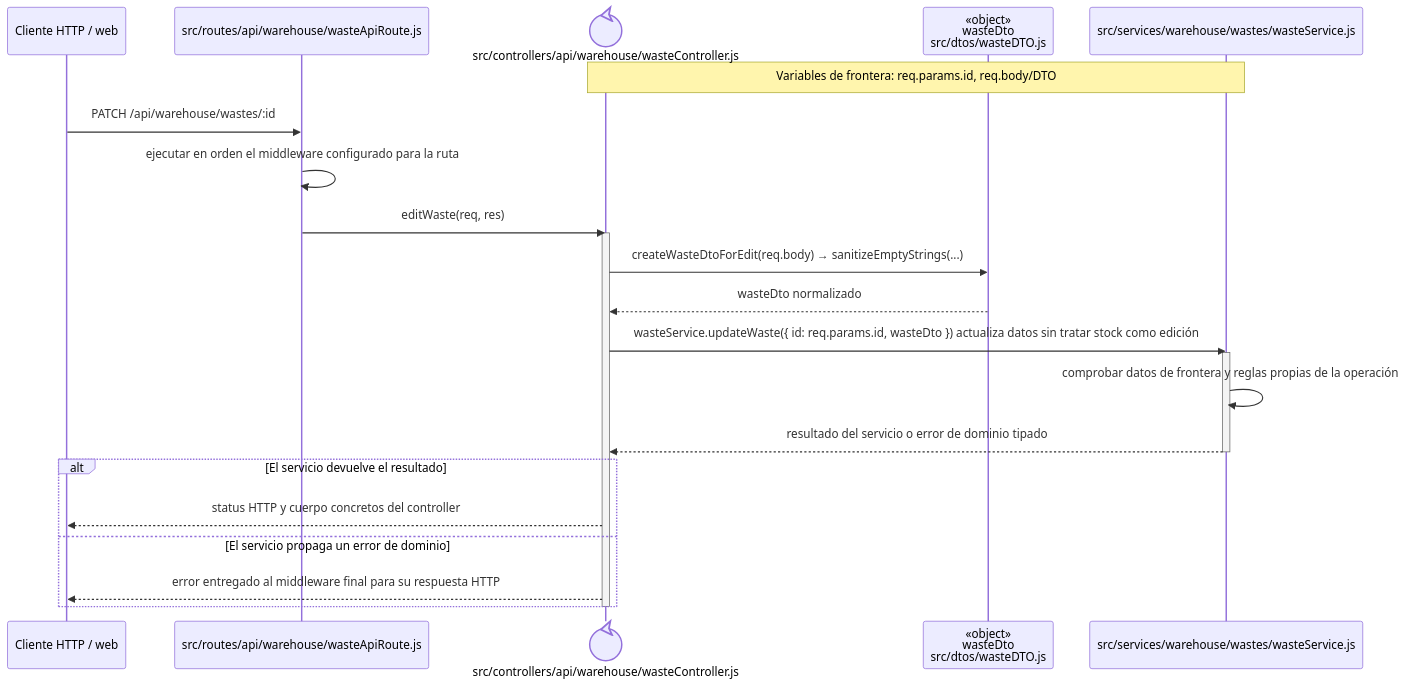
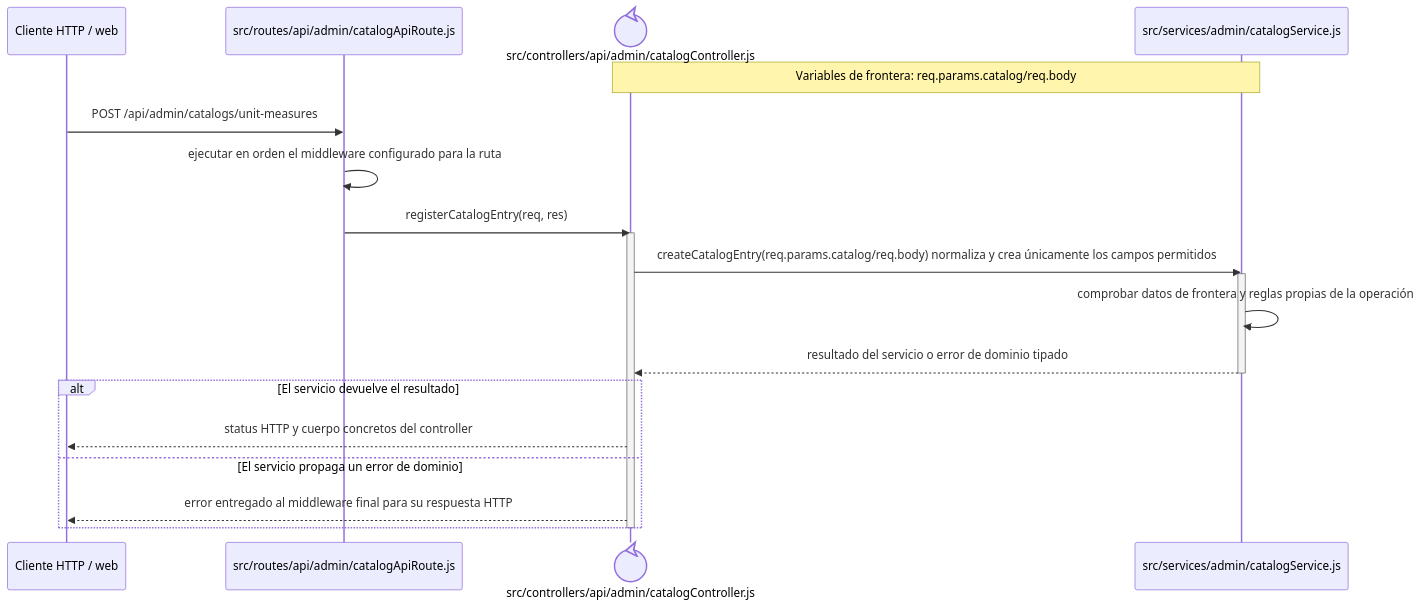
The diagram in docs/architecture/backend-code-sequences/catalogs/cu-cat-20.md (gpgsistemas01/nexus), drawn with Mermaid before and after one commit. The commit also changed other lines of this file and 287 other files, not shown here.

````diff
--- a/docs/architecture/backend-code-sequences/catalogs/cu-cat-20.md
+++ b/docs/architecture/backend-code-sequences/catalogs/cu-cat-20.md
@@ -6,27 +6,24 @@
 ```mermaid
 sequenceDiagram
     participant Client as Cliente HTTP / web
-    participant Route as src/routes/api/warehouse/wasteApiRoute.js
-    participant Controller@{ "type": "control" } as src/controllers/api/warehouse/wasteController.js
-    participant WasteDto as «object»<br/>wasteDto<br/>src/dtos/wasteDTO.js
-    participant Domain as src/services/warehouse/wastes/wasteService.js
-    Note over Controller,Domain: Variables de frontera: req.params.id, req.body/DTO
+    participant Route as src/routes/api/admin/catalogApiRoute.js
+    participant Controller@{ "type": "control" } as src/controllers/api/admin/catalogController.js
+    participant Domain as src/services/admin/catalogService.js
+    Note over Controller,Domain: Variables de frontera: req.params.catalog/req.body
 
-    Client->>Route: PATCH /api/warehouse/wastes/:id
+    Client->>Route: POST /api/admin/catalogs/unit-measures
     Route->>Route: ejecutar en orden el middleware configurado para la ruta
-    Route->>Controller: editWaste(req, res)
+    Route->>Controller: registerCatalogEntry(req, res)
     activate Controller
-    Controller->>WasteDto: createWasteDtoForEdit(req.body) → sanitizeEmptyStrings(...)
-    WasteDto-->>Controller: wasteDto normalizado
-    Controller->>Domain: wasteService.updateWaste({ id: req.params.id, wasteDto }) actualiza datos sin tratar stock como edición
+    Controller->>Domain: createCatalogEntry(req.params.catalog/req.body) normaliza y crea únicamente los campos permitidos
     activate Domain
     Domain->>Domain: comprobar datos de frontera y reglas propias de la operación
     Domain-->>Controller: resultado del servicio o error de dominio tipado
     deactivate Domain
     alt El servicio devuelve el resultado
         Controller-->>Client: status HTTP y cuerpo concretos del controller
     else El servicio propaga un error de dominio
         Controller-->>Client: error entregado al middleware final para su respuesta HTTP
     end
     deactivate Controller
 ```
````
